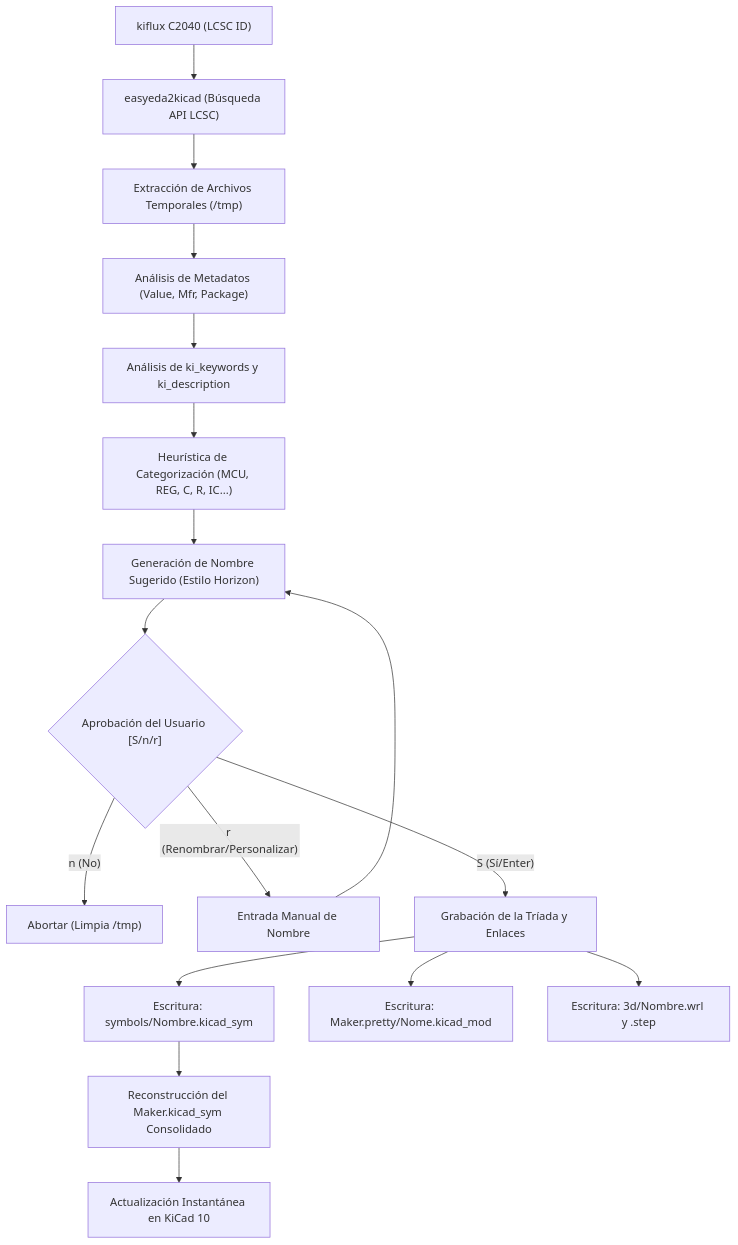
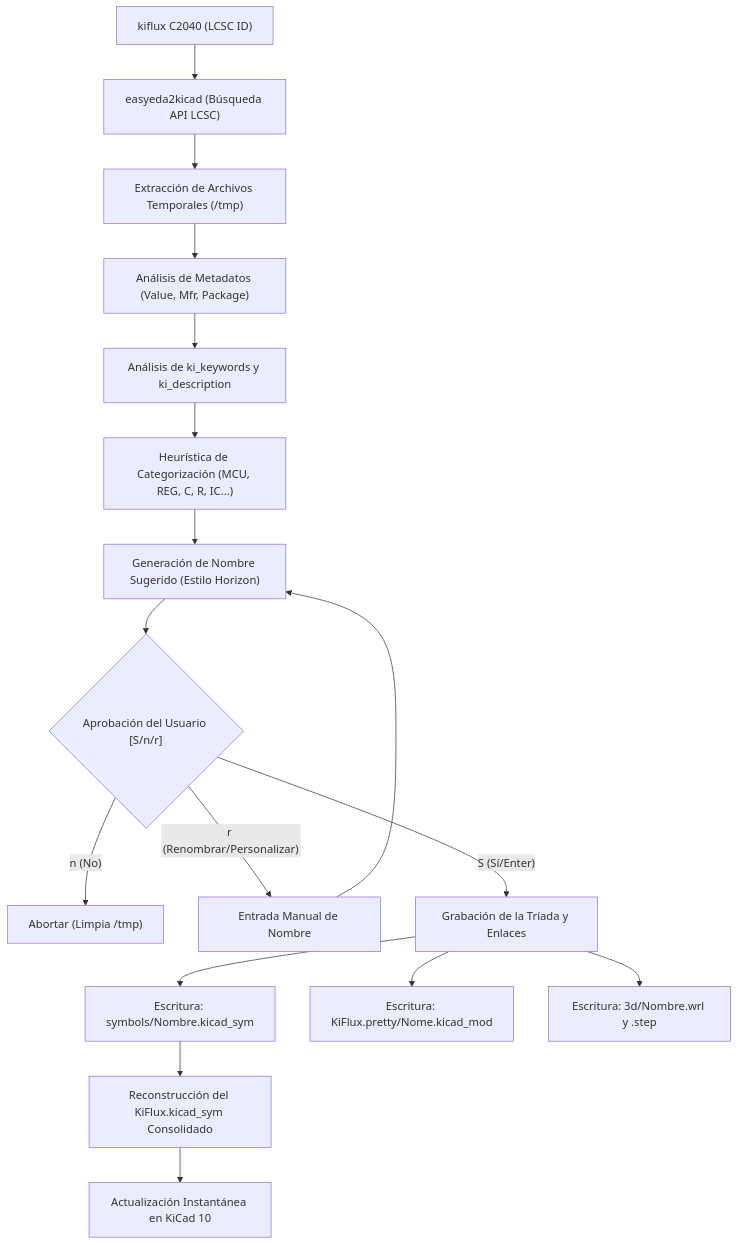
The diagram in README.es.md (oMatheus13/KiFlux), drawn with Mermaid before and after one commit. The commit also changed other lines of this file and 3 other files, not shown here.

````diff
--- a/README.es.md
+++ b/README.es.md
@@ -31,19 +42,19 @@
 ```mermaid
 graph TD
     A["kiflux C2040 (LCSC ID)"] --> B["easyeda2kicad (Búsqueda API LCSC)"]
     B --> C["Extracción de Archivos Temporales (/tmp)"]
     C --> D["Análisis de Metadatos (Value, Mfr, Package)"]
     D --> E["Análisis de ki_keywords y ki_description"]
     E --> F["Heurística de Categorización (MCU, REG, C, R, IC...)"]
     F --> G["Generación de Nombre Sugerido (Estilo Horizon)"]
     G --> H{"Aprobación del Usuario [S/n/r]"}
     H -- "n (No)" --> I["Abortar (Limpia /tmp)"]
     H -- "r (Renombrar/Personalizar)" --> IR["Entrada Manual de Nombre"]
     IR --> G
     H -- "S (Sí/Enter)" --> J["Grabación de la Tríada y Enlaces"]
     J --> K["Escritura: symbols/Nombre.kicad_sym"]
-    J --> L["Escritura: Maker.pretty/Nome.kicad_mod"]
+    J --> L["Escritura: KiFlux.pretty/Nome.kicad_mod"]
     J --> M["Escritura: 3d/Nombre.wrl y .step"]
-    K --> N["Reconstrucción del Maker.kicad_sym Consolidado"]
+    K --> N["Reconstrucción del KiFlux.kicad_sym Consolidado"]
     N --> O["Actualización Instantánea en KiCad 10"]
 ```
````
